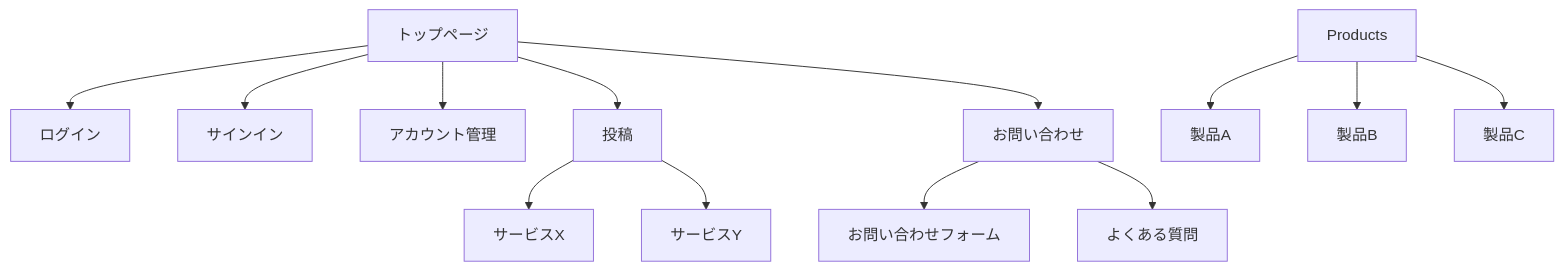
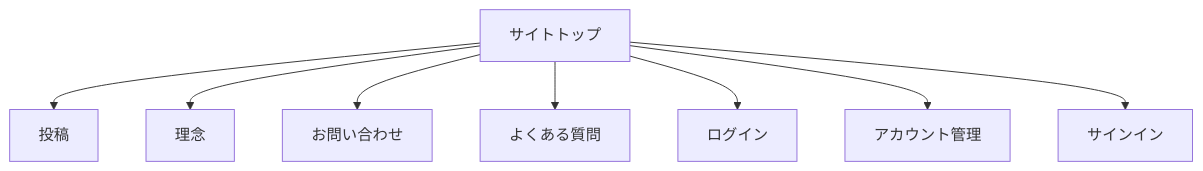
Before and after one commit to sika7/kagami: the diagram in specs/ui.md, drawn with Mermaid. The commit also changed other lines of this file, not shown here.

````diff
--- a/specs/ui.md
+++ b/specs/ui.md
@@ -84,15 +98,10 @@
 ```mermaid
 flowchart TD
-    Home[トップページ] --> Login[ログイン]
-    Home[トップページ] --> SignIn[サインイン]
+    Home[サイトトップ] --> Services[投稿]
+    Home --> Philosophy[理念]
+    Home --> Contact[お問い合わせ]
+    Home --> FAQ[よくある質問]
+    Home --> Login[ログイン]
     Home --> Account[アカウント管理]
-    Home --> Services[投稿]
-    Home --> Contact[お問い合わせ]
-    Products --> Product1[製品A]
-    Products --> Product2[製品B]
-    Products --> Product3[製品C]
-    Services --> Service1[サービスX]
-    Services --> Service2[サービスY]
-    Contact --> Form[お問い合わせフォーム]
-    Contact --> FAQ[よくある質問]
+    Home --> SignIn[サインイン]
 ```
````
